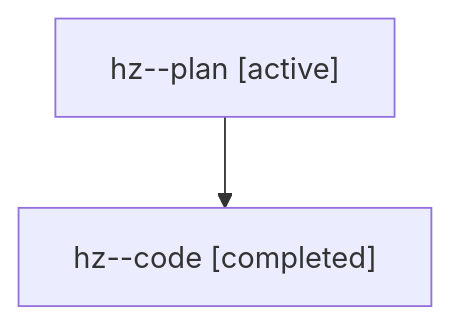
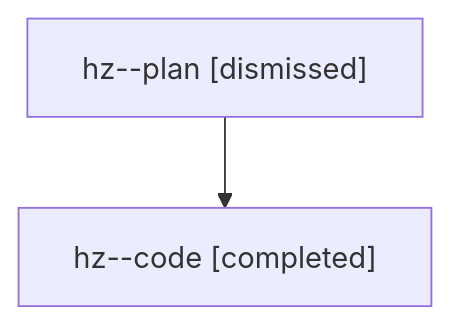
One commit to sase-org/sase--agents changed the diagram in sessions/bbugyi200.athena.hz.md. Above: the diagram before and after it, drawn with Mermaid. The commit also changed other lines of this file and 31 other files, not shown here.

````diff
--- a/sessions/bbugyi200.athena.hz.md
+++ b/sessions/bbugyi200.athena.hz.md
@@ -9,6 +9,6 @@
 ```mermaid
 flowchart TD
-  n0["hz--plan [active]"]
+  n0["hz--plan [dismissed]"]
   n1["hz--code [completed]"]
   n0 --> n1
 ```
````
